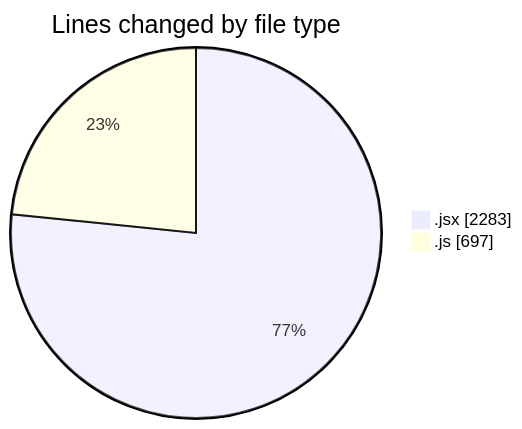
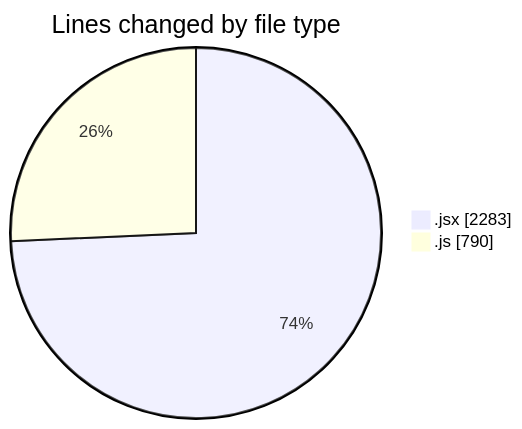
The first of 2 diagrams in 2025-11-13/argos/README.md (nxtqubesakshisongat/code-tracking), drawn with Mermaid before and after one commit. The commit also changed other lines of this file and 1 other file, not shown here.

````diff
--- a/2025-11-13/argos/README.md
+++ b/2025-11-13/argos/README.md
@@ -29,6 +30,6 @@
 ```mermaid
 pie showData
 title Lines changed by file type
 ".jsx" : 2283
-".js" : 697
+".js" : 790
 ```
````
